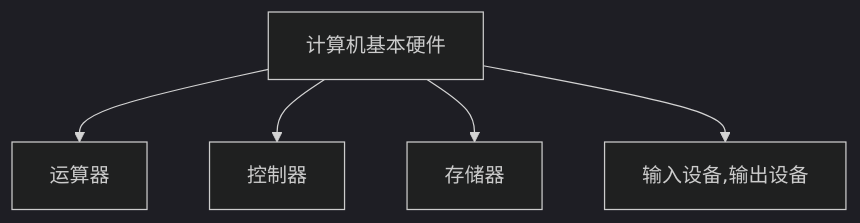
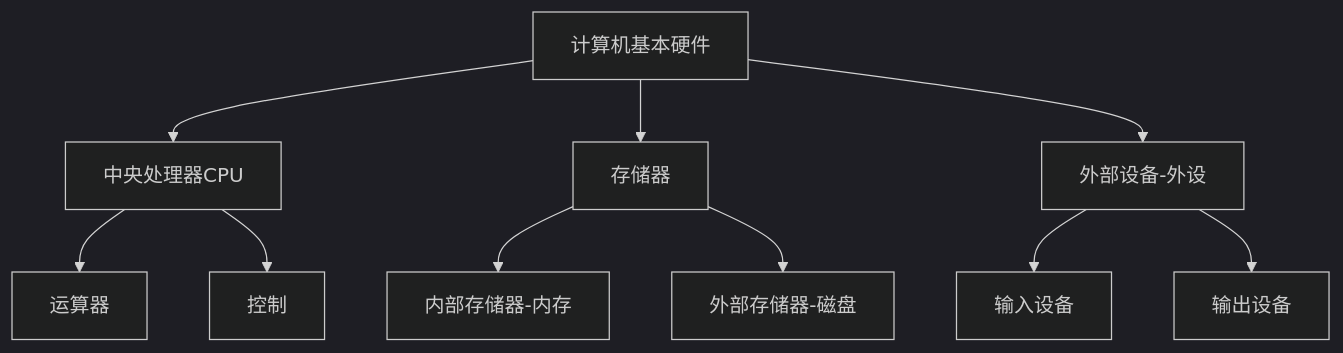
One commit to zdylzdyl/zdylzdyl.github.io changed the third of 3 diagrams in exam_config.md. Above: the diagram before and after it, drawn with Mermaid (dark theme). The commit also changed other lines of this file, not shown here.

Commit message:
计算机硬件基本组成

````diff
--- a/exam_config.md
+++ b/exam_config.md
@@ -37,7 +53,14 @@
-<div class="mermaid">
+```mermaid
 graph TD;
-计算机基本硬件 --> 运算器
-计算机基本硬件 --> 控制器
+计算机基本硬件 --> 中央处理器CPU
+中央处理器CPU --> 运算器
+中央处理器CPU --> 控制
+
 计算机基本硬件 --> 存储器
-计算机基本硬件 --> 输入设备,输出设备
-</div>
+存储器 --> 内部存储器-内存
+存储器 --> 外部存储器-磁盘
+
+计算机基本硬件 --> 外部设备-外设
+外部设备-外设 --> 输入设备
+外部设备-外设 --> 输出设备
+```
````
